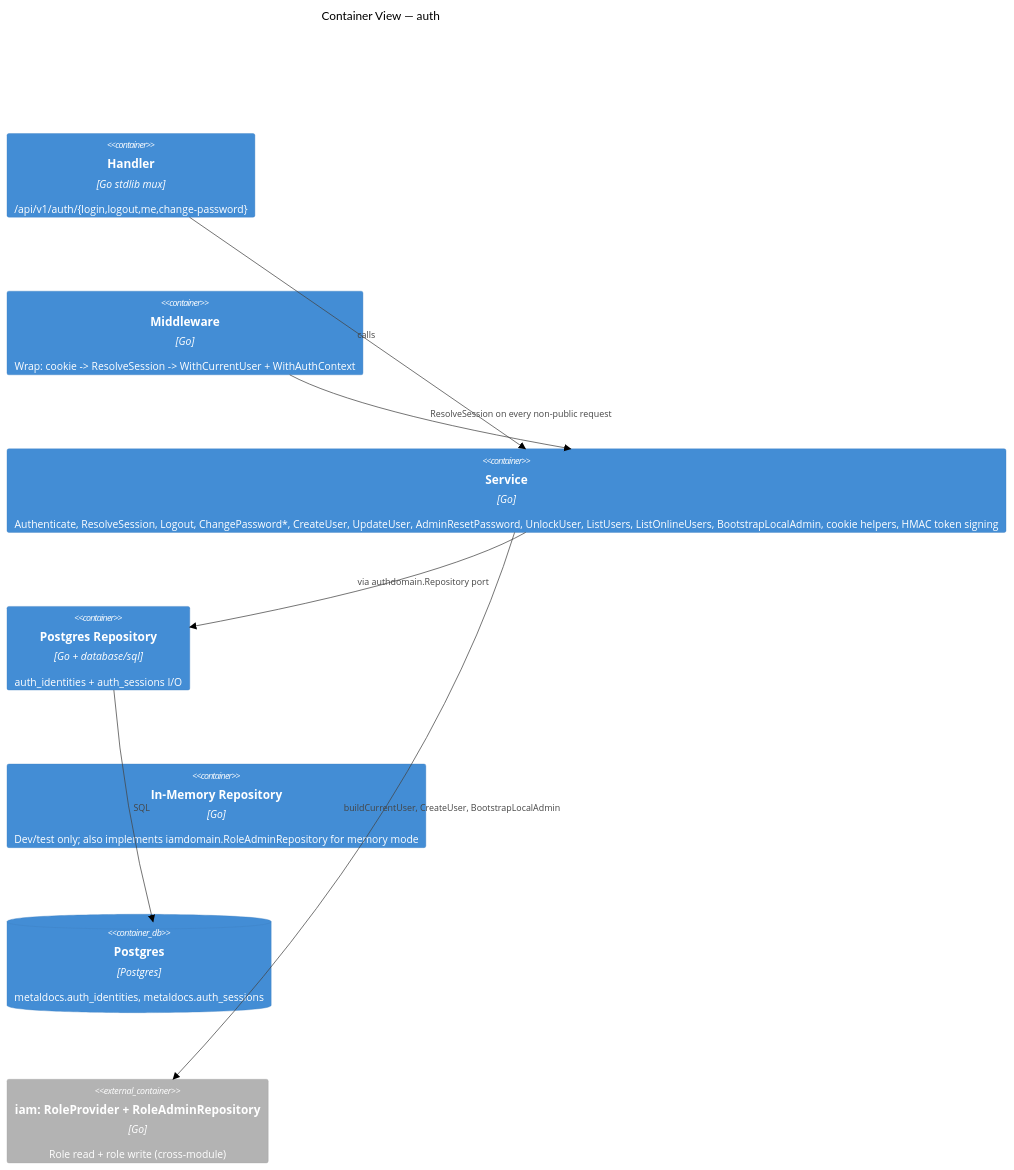
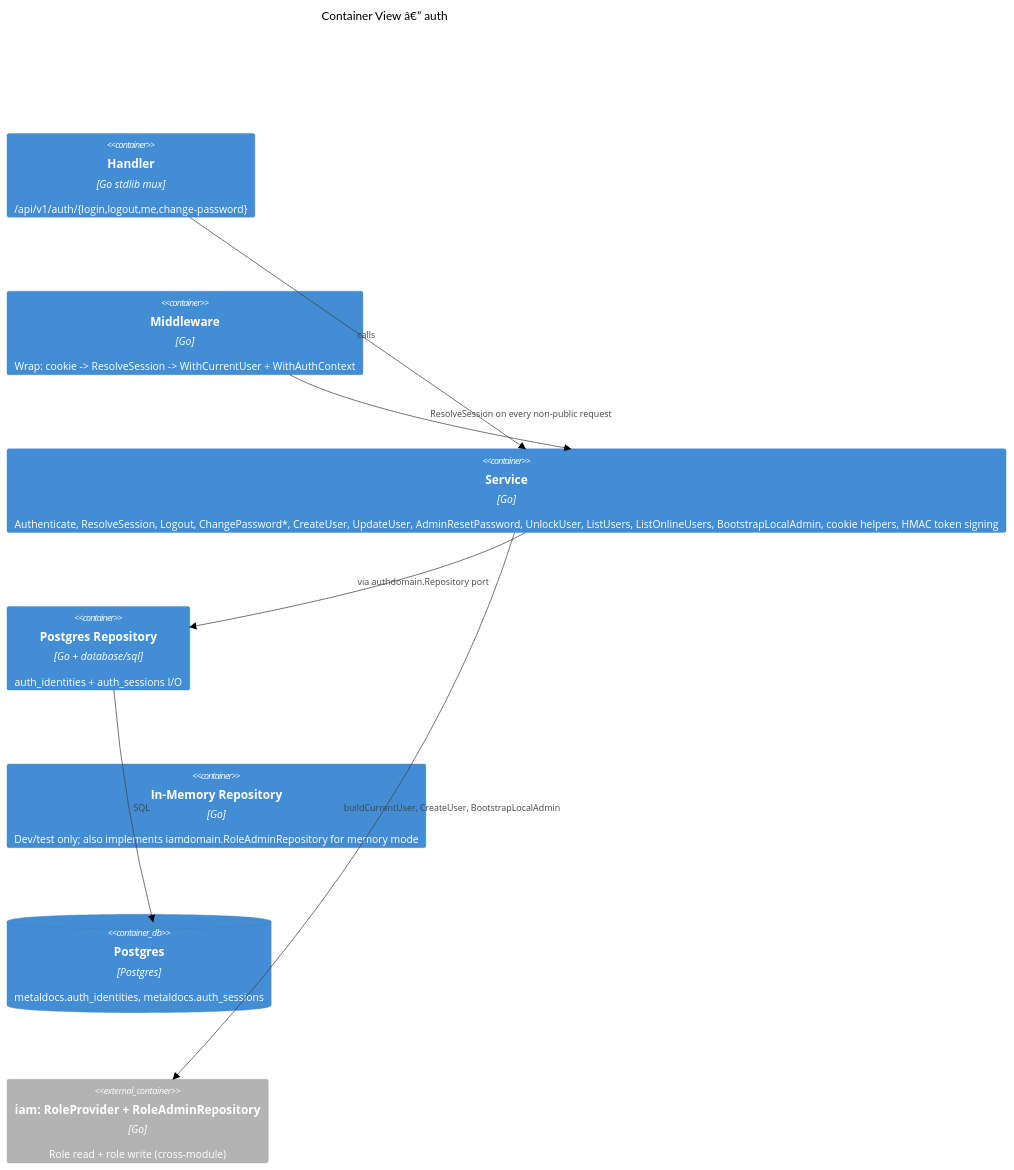
Before and after one commit to developmentconexus-ops/MetalDocs: the second of 5 diagrams in wiki/modules/auth.md, drawn with Mermaid (neutral theme). The commit also changed other lines of this file and 12 other files, not shown here.

````diff
--- a/wiki/modules/auth.md
+++ b/wiki/modules/auth.md
@@ -147,16 +147,16 @@
 ```mermaid
 C4Container
-    title Container View — auth
+    title Container View â€” auth
     Container(handler, "Handler", "Go stdlib mux", "/api/v1/auth/{login,logout,me,change-password}")
     Container(mw, "Middleware", "Go", "Wrap: cookie -> ResolveSession -> WithCurrentUser + WithAuthContext")
     Container(svc, "Service", "Go", "Authenticate, ResolveSession, Logout, ChangePassword*, CreateUser, UpdateUser, AdminResetPassword, UnlockUser, ListUsers, ListOnlineUsers, BootstrapLocalAdmin, cookie helpers, HMAC token signing")
     Container(pgRepo, "Postgres Repository", "Go + database/sql", "auth_identities + auth_sessions I/O")
     Container(memRepo, "In-Memory Repository", "Go", "Dev/test only; also implements iamdomain.RoleAdminRepository for memory mode")
     ContainerDb(db, "Postgres", "Postgres", "metaldocs.auth_identities, metaldocs.auth_sessions")
     Container_Ext(iamRoles, "iam: RoleProvider + RoleAdminRepository", "Go", "Role read + role write (cross-module)")
     Rel(handler, svc, "calls")
     Rel(mw, svc, "ResolveSession on every non-public request")
     Rel(svc, pgRepo, "via authdomain.Repository port")
     Rel(svc, iamRoles, "buildCurrentUser, CreateUser, BootstrapLocalAdmin")
     Rel(pgRepo, db, "SQL")
 ```
````
